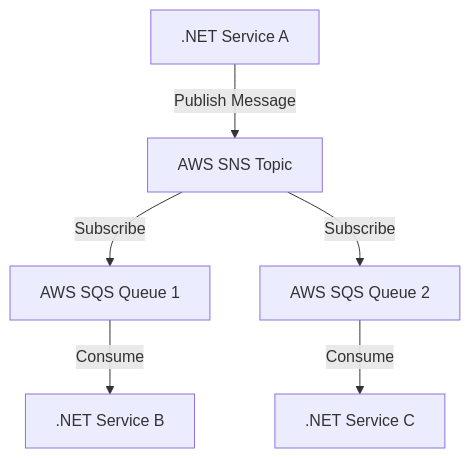
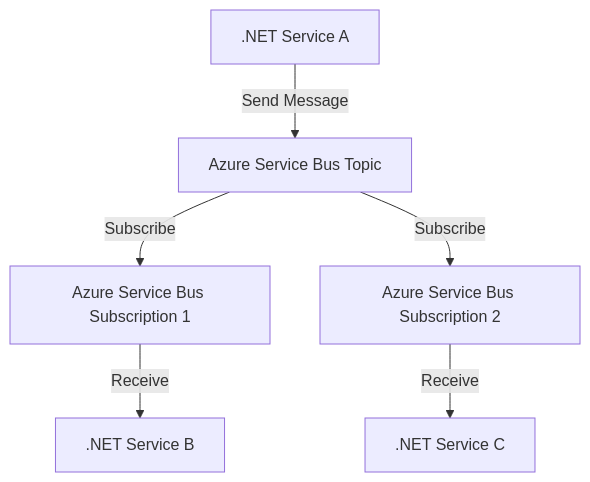
One commit to JustJordanT/typescript-azure-service-bus changed the diagram in README.md. Above: the diagram before and after it, drawn with Mermaid. The commit also changed other lines of this file, not shown here.

````diff
--- a/README.md
+++ b/README.md
@@ -3,8 +3,8 @@
 ```mermaid
 graph TD;
-    A[.NET Service A] -->|Publish Message| B[AWS SNS Topic]
-    B -->|Subscribe| D[AWS SQS Queue 1]
-    B -->|Subscribe| E[AWS SQS Queue 2]
-    D -->|Consume| G[.NET Service B]
-    E -->|Consume| H[.NET Service C]
+    A[.NET Service A] -->|Send Message| B[Azure Service Bus Topic]
+    B -->|Subscribe| D[Azure Service Bus Subscription 1]
+    B -->|Subscribe| E[Azure Service Bus Subscription 2]
+    D -->|Receive| G[.NET Service B]
+    E -->|Receive| H[.NET Service C]
 ```
````
